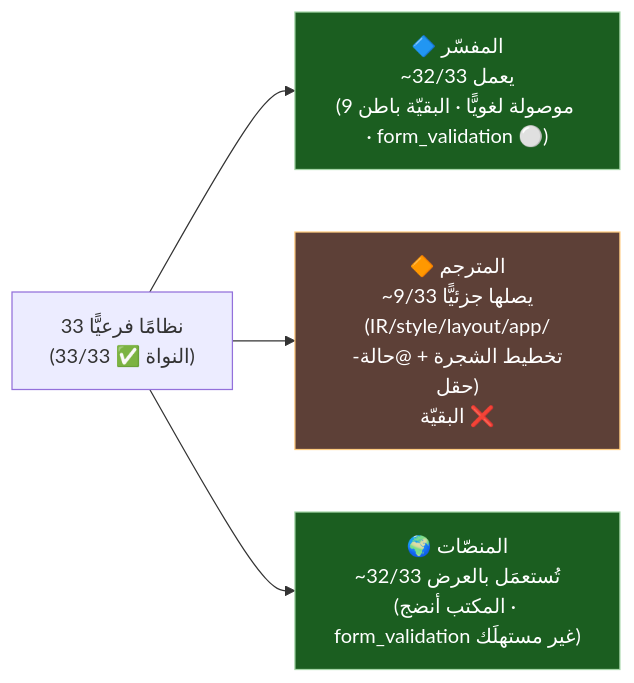
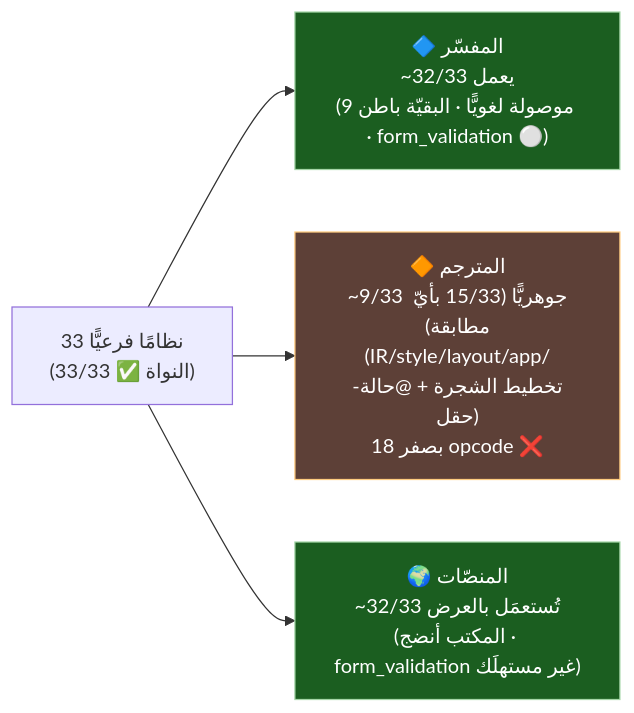
One commit to sadlang/sadlang-planning changed the diagram in projects/graphics-sadui/plan/الأنظمة-الفرعيّة-ونسبة-الدعم.md. Above: the diagram before and after it, drawn with Mermaid. The commit also changed other lines of this file, not shown here.

Commit message:
graphics-sadui: مراجعة Amelia للأنظمة الـ33 — تدقيق وصل المترجم
تحقّق بمسار:سطر (sir_types.h + builtins_ui.cpp):
- المترجم يصل بـopcode: 20 مصنع IR + 12 SET_* (style/layout) + 3 شجرة
  (ADD/REMOVE/CLEAR_CHILD) + 5 APP_* (تطبيق) + @حالة-حقل.
- تمييز الرقمين: ~9/33 جوهريّ (27%) · 15/33 بأيّ مطابقة (45%، 4✅+11🟡) ·
  18 بصفر opcode.
- مؤكَّد 0 opcode للعائلات المفقودة (تحريك/إيماءات/تركيز/لوحة مفاتيح/تمرير/
  إتاحة/إشعارات/صور/توجيه هجين/ربط خصائص/نماذج)؛ ROUT/BIND/PROPERTY/VALID
  السابقة = إيجابيّات كاذبة (ASYNC/NET/OBJECT/FFI). APP lifecycle = 5 لا 6.
- form_validation ⚪ مؤكَّد.

محتوى عامّ؛ مدقّق الحدود يمرّ. غير مدموج.

````diff
--- a/projects/graphics-sadui/plan/الأنظمة-الفرعيّة-ونسبة-الدعم.md
+++ b/projects/graphics-sadui/plan/الأنظمة-الفرعيّة-ونسبة-الدعم.md
@@ -73,10 +73,10 @@
 ```mermaid
 flowchart LR
     S["33 نظامًا فرعيًّا\n(النواة ✅ 33/33)"]
     S --> I["🔷 المفسّر\n~32/33 يعمل\n(9 موصولة لغويًّا · البقيّة باطن · form_validation ⚪)"]:::ok
-    S --> C["🔶 المترجم\n~9/33 يصلها جزئيًّا\n(IR/style/layout/app/تخطيط الشجرة + @حالة-حقل)\nالبقيّة ❌"]:::part
+    S --> C["🔶 المترجم\n~9/33 جوهريًّا (15/33 بأيّ مطابقة)\n(IR/style/layout/app/تخطيط الشجرة + @حالة-حقل)\n18 بصفر opcode ❌"]:::part
     S --> P["🌍 المنصّات\n~32/33 تُستعمَل بالعرض\n(المكتب أنضج · form_validation غير مستهلَك)"]:::ok
 
     classDef ok fill:#1b5e20,stroke:#a5d6a7,color:#fff;
     classDef part fill:#5d4037,stroke:#ffcc80,color:#fff;
 ```
````
